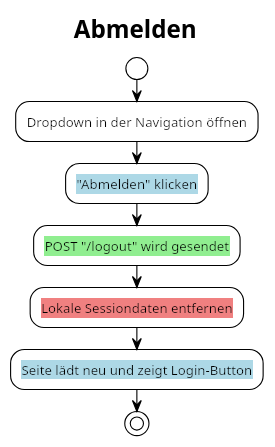
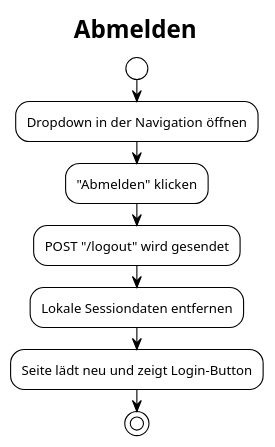
The diagram in diagrams/logout.puml (konzjulianprivat/EventimDisabilityIntegration), drawn with PlantUML before and after one commit. The commit also changed 20 other files, not shown here.

```diff
--- a/diagrams/logout.puml
+++ b/diagrams/logout.puml
@@ -1,15 +1,15 @@
 @startuml
 title Abmelden
 
 !theme plain
 skinparam linetype ortho
 start
 
-:<back:White>Dropdown in der Navigation öffnen;
-:<back:LightBlue>"Abmelden" klicken;
-:<back:LightGreen>POST "/logout" wird gesendet;
-:<back:LightCoral>Lokale Sessiondaten entfernen;
-:<back:LightBlue>Seite lädt neu und zeigt Login-Button;
+:Dropdown in der Navigation öffnen;
+:"Abmelden" klicken;
+:POST "/logout" wird gesendet;
+:Lokale Sessiondaten entfernen;
+:Seite lädt neu und zeigt Login-Button;
 
 stop
 @enduml
```
